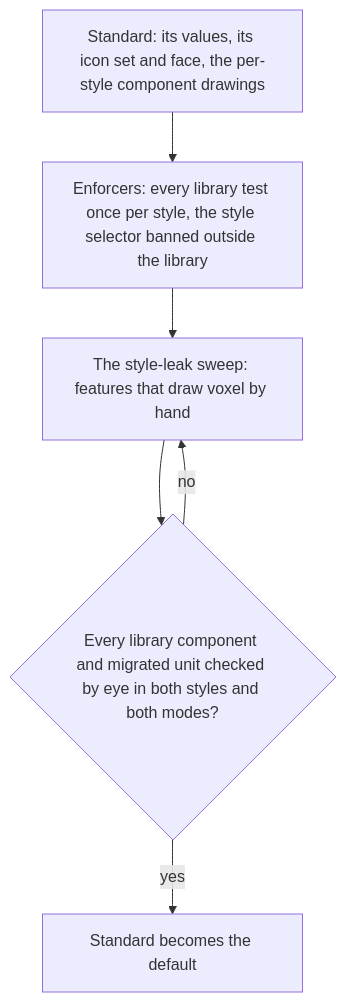
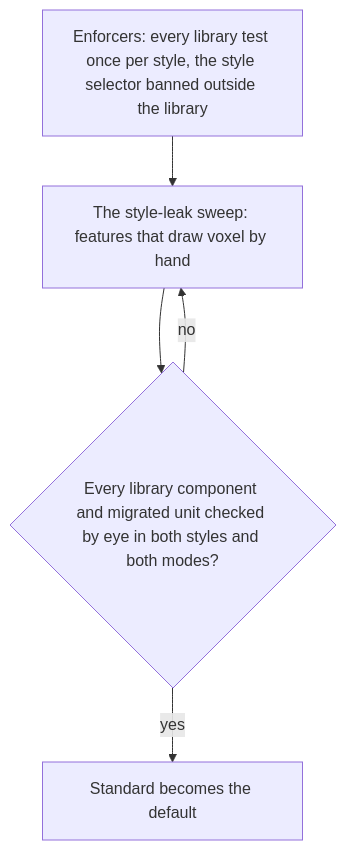
Before and after one commit to Esposter/Esposter: the diagram in apps/web/content/docs/proposals/refactors/ui-library/design-styles.md, drawn with Mermaid. The commit also changed other lines of this file and 21 other files, not shown here.

````diff
--- a/apps/web/content/docs/proposals/refactors/ui-library/design-styles.md
+++ b/apps/web/content/docs/proposals/refactors/ui-library/design-styles.md
@@ -60,9 +42,8 @@
 ```mermaid
 flowchart TD
-  C[Standard: its values, its icon set and face, the per-style component drawings]
-  C --> N[Enforcers: every library test once per style, the style selector banned outside the library]
+  N[Enforcers: every library test once per style, the style selector banned outside the library]
   N --> L[The style-leak sweep: features that draw voxel by hand]
   L --> D{Every library component and migrated unit checked by eye in both styles and both modes?}
   D -->|no| L
   D -->|yes| E[Standard becomes the default]
 ```
````
